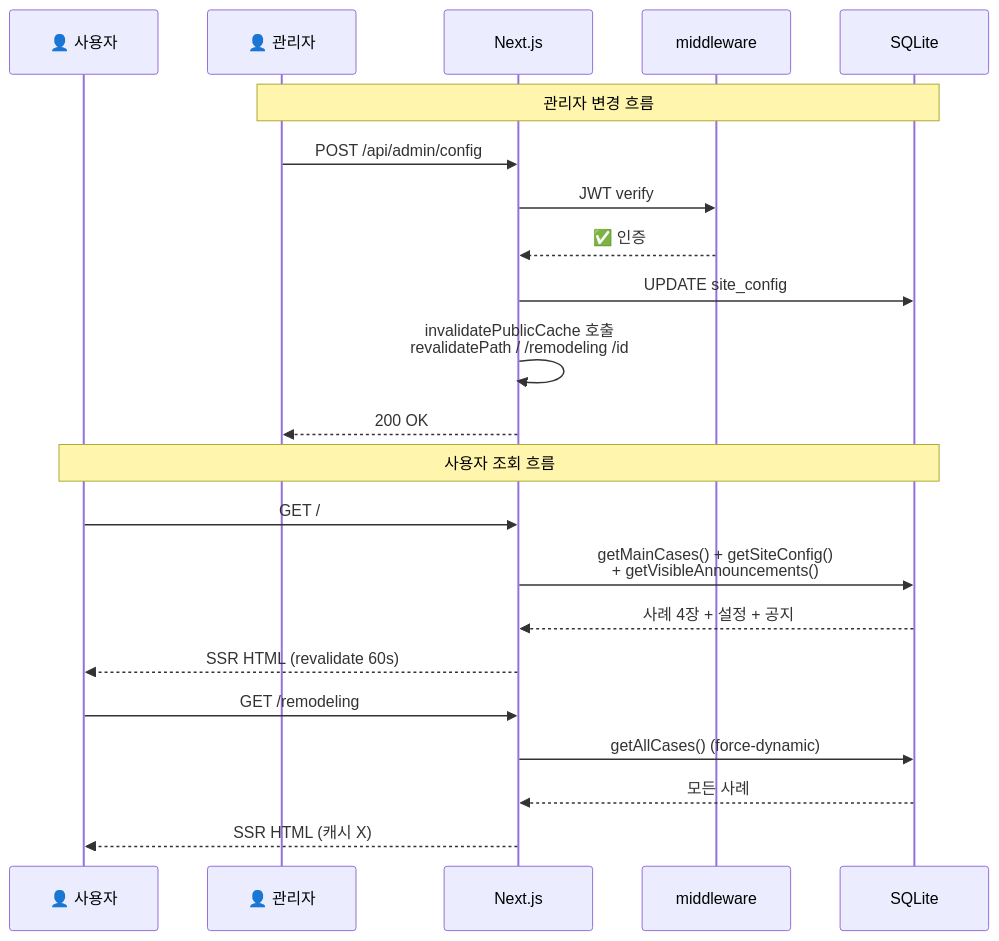
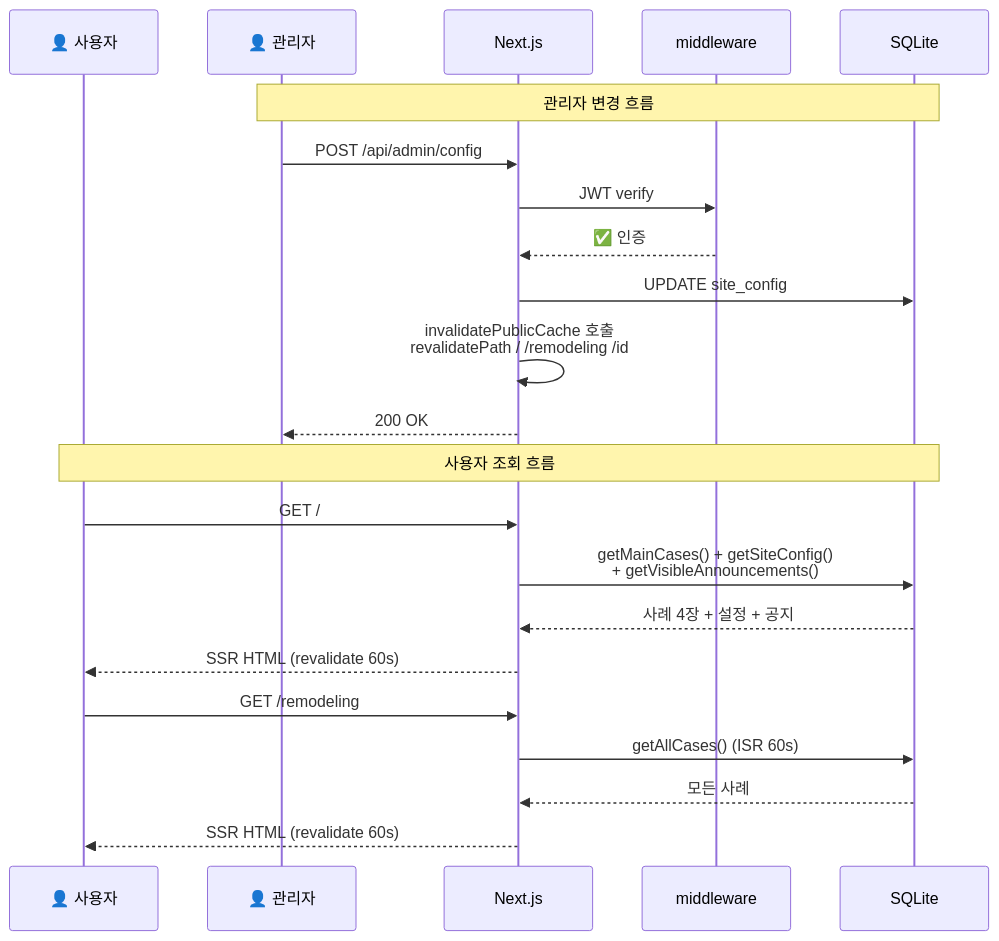
One commit to doublesilver/upstay-website changed the fourth of 11 diagrams in README.md. Above: the diagram before and after it, drawn with Mermaid. The commit also changed other lines of this file and 1 other file, not shown here.

````diff
--- a/README.md
+++ b/README.md
@@ -183,27 +181,27 @@
 ```mermaid
 sequenceDiagram
     participant U as 👤 사용자
     participant A as 👤 관리자
     participant N as Next.js
     participant M as middleware
     participant DB as SQLite
 
     Note over A,DB: 관리자 변경 흐름
     A->>N: POST /api/admin/config
     N->>M: JWT verify
     M-->>N: ✅ 인증
     N->>DB: UPDATE site_config
     N->>N: invalidatePublicCache 호출<br/>revalidatePath / /remodeling /id
     N-->>A: 200 OK
 
     Note over U,DB: 사용자 조회 흐름
     U->>N: GET /
     N->>DB: getMainCases() + getSiteConfig()<br/>+ getVisibleAnnouncements()
     DB-->>N: 사례 4장 + 설정 + 공지
     N-->>U: SSR HTML (revalidate 60s)
 
     U->>N: GET /remodeling
-    N->>DB: getAllCases() (force-dynamic)
+    N->>DB: getAllCases() (ISR 60s)
     DB-->>N: 모든 사례
-    N-->>U: SSR HTML (캐시 X)
+    N-->>U: SSR HTML (revalidate 60s)
 ```
````
